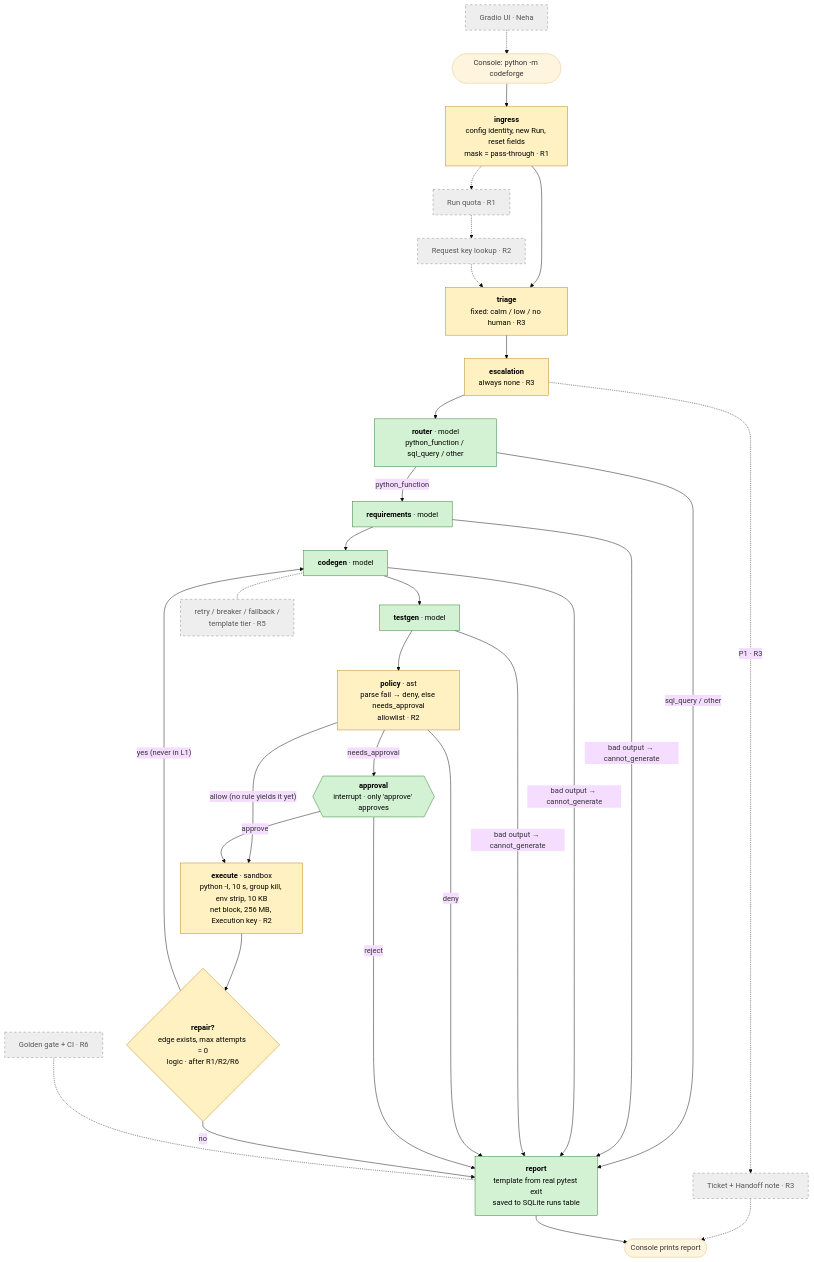
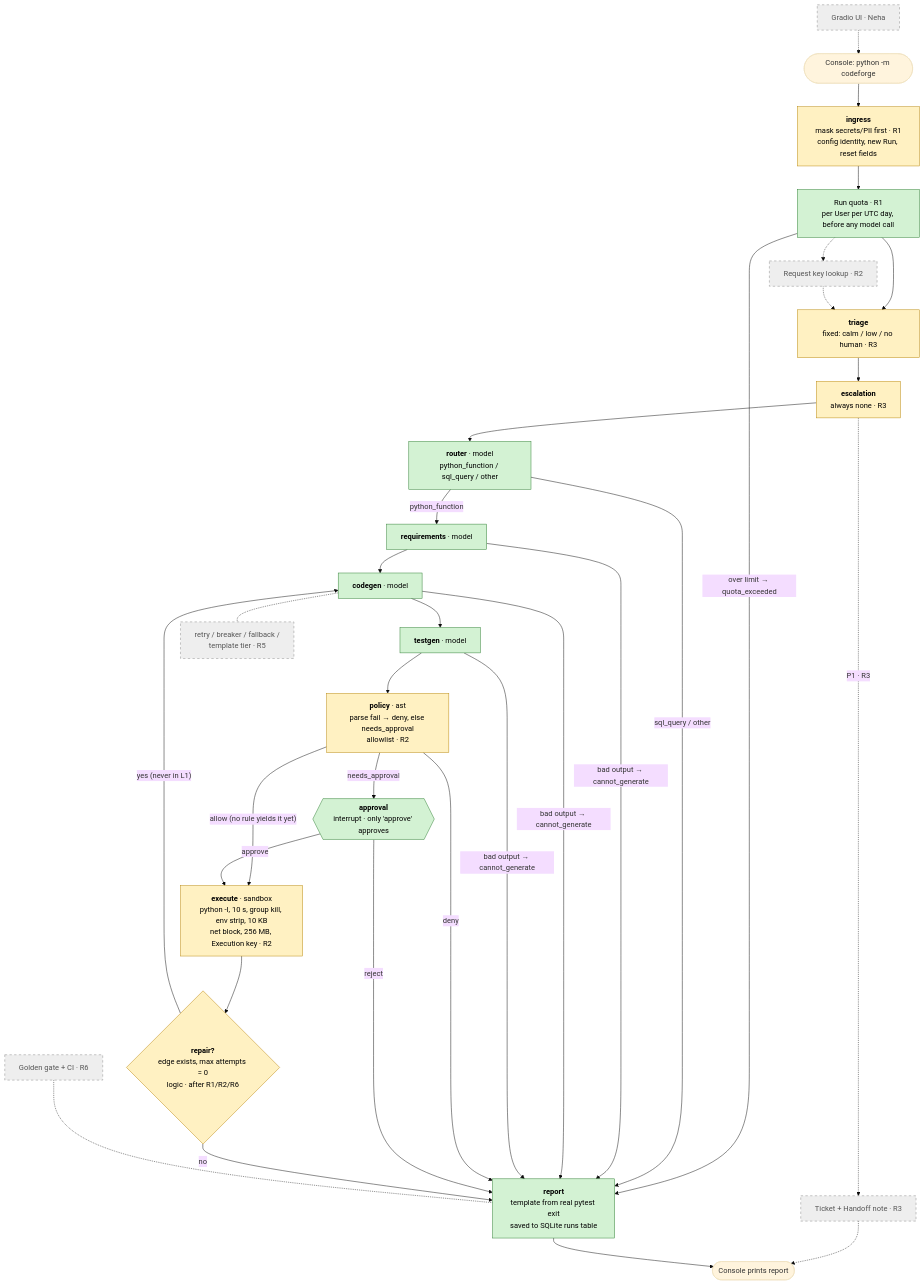
Before and after one commit to dipanshuCodes/codeforge: the diagram in plans/TRACKER.md, drawn with Mermaid (base theme). The commit also changed other lines of this file and 2 other files, not shown here.

````diff
--- a/plans/TRACKER.md
+++ b/plans/TRACKER.md
@@ -21,46 +21,47 @@
 ```mermaid
 flowchart TD
     START([Console: python -m codeforge]) --> ingress
 
-    ingress["<b>ingress</b><br/>config identity, new Run, reset fields<br/>mask = pass-through · R1"]
-    quota["Run quota · R1"]:::todo
+    ingress["<b>ingress</b><br/>mask secrets/PII first · R1<br/>config identity, new Run, reset fields"]:::built
+    quota["Run quota · R1<br/>per User per UTC day, before any model call"]:::built
     reqkey["Request key lookup · R2"]:::todo
     triage["<b>triage</b><br/>fixed: calm / low / no human · R3"]:::stub
     escalation["<b>escalation</b><br/>always none · R3"]:::stub
     ticket["Ticket + Handoff note · R3"]:::todo
     router["<b>router</b> · model<br/>python_function / sql_query / other"]:::built
     requirements["<b>requirements</b> · model"]:::built
     codegen["<b>codegen</b> · model"]:::built
     testgen["<b>testgen</b> · model"]:::built
     resilience["retry / breaker / fallback /<br/>template tier · R5"]:::todo
     policy["<b>policy</b> · ast<br/>parse fail → deny, else needs_approval<br/>allowlist · R2"]:::stub
     approval{{"<b>approval</b><br/>interrupt · only 'approve' approves"}}:::built
     execute["<b>execute</b> · sandbox<br/>python -I, 10 s, group kill, env strip, 10 KB<br/>net block, 256 MB, Execution key · R2"]:::stub
     repair{"<b>repair?</b><br/>edge exists, max attempts = 0<br/>logic · after R1/R2/R6"}:::stub
     report["<b>report</b><br/>template from real pytest exit<br/>saved to SQLite runs table"]:::built
     DONE([Console prints report])
     ui["Gradio UI · Neha"]:::todo
     gate["Golden gate + CI · R6"]:::todo
 
-    ingress --> triage --> escalation --> router
-    ingress -.-> quota -.-> reqkey -.-> triage
+    ingress --> quota --> triage --> escalation --> router
+    quota -- "over limit → quota_exceeded" --> report
+    quota -.-> reqkey -.-> triage
     escalation -. "P1 · R3" .-> ticket -.-> DONE
     router -- "sql_query / other" --> report
     router -- python_function --> requirements --> codegen --> testgen --> policy
     requirements & codegen & testgen -- "bad output → cannot_generate" --> report
     codegen -.- resilience
     policy -- deny --> report
     policy -- needs_approval --> approval
     policy -- "allow (no rule yields it yet)" --> execute
     approval -- reject --> report
     approval -- approve --> execute --> repair
     repair -- "yes (never in L1)" --> codegen
     repair -- no --> report --> DONE
     ui -.-> START
     gate -.- report
 
     class ingress stub
     classDef built fill:#d3f2d3,stroke:#2e7d32,color:#000
     classDef stub fill:#fff1c2,stroke:#b8860b,color:#000
     classDef todo fill:#eeeeee,stroke:#888,stroke-dasharray:5 5,color:#555
 ```
````
